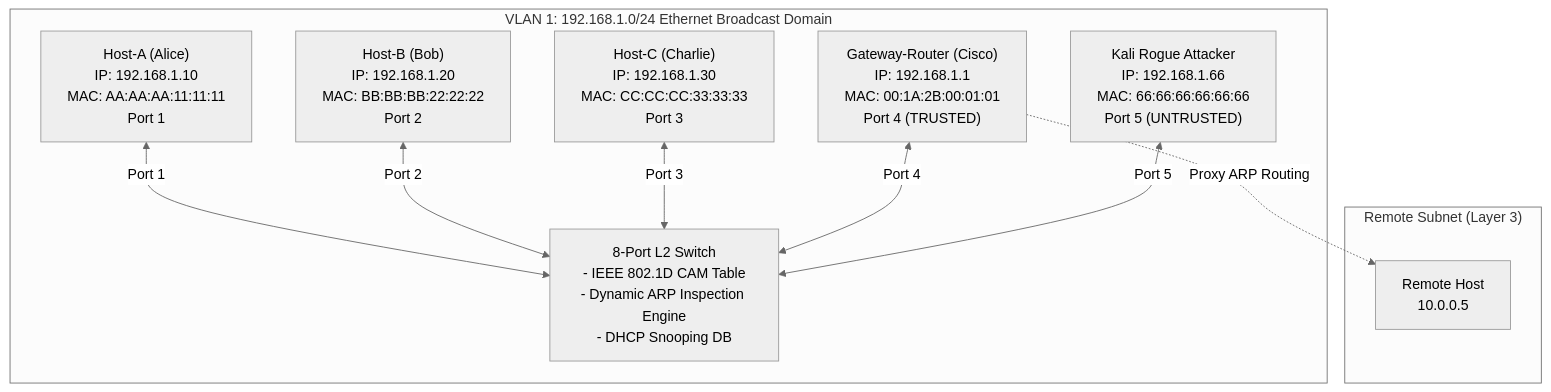
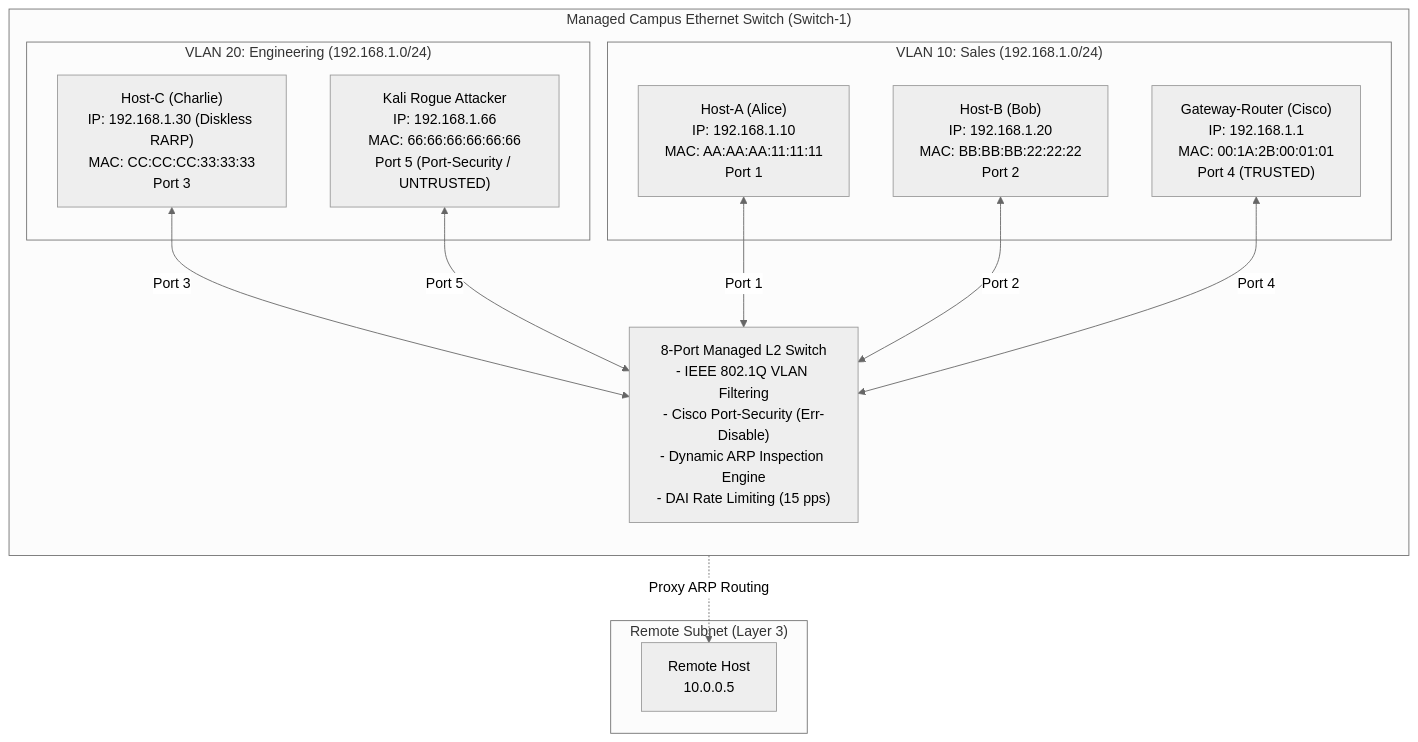
One commit to Aricode2005/CN-Project changed the first of 11 diagrams in ARP/PROJECT_GUIDE_AND_VISUALIZATION.md. Above: the diagram before and after it, drawn with Mermaid (neutral theme). The commit also changed other lines of this file and 22 other files, not shown here.

````diff
--- a/ARP/PROJECT_GUIDE_AND_VISUALIZATION.md
+++ b/ARP/PROJECT_GUIDE_AND_VISUALIZATION.md
@@ -81,23 +110,29 @@
 ```mermaid
 flowchart TB
-    subgraph LAN["VLAN 1: 192.168.1.0/24 Ethernet Broadcast Domain"]
-        H1["Host-A (Alice)<br/>IP: 192.168.1.10<br/>MAC: AA:AA:AA:11:11:11<br/>Port 1"]
-        H2["Host-B (Bob)<br/>IP: 192.168.1.20<br/>MAC: BB:BB:BB:22:22:22<br/>Port 2"]
-        H3["Host-C (Charlie)<br/>IP: 192.168.1.30<br/>MAC: CC:CC:CC:33:33:33<br/>Port 3"]
-        R1["Gateway-Router (Cisco)<br/>IP: 192.168.1.1<br/>MAC: 00:1A:2B:00:01:01<br/>Port 4 (TRUSTED)"]
-        AT["Kali Rogue Attacker<br/>IP: 192.168.1.66<br/>MAC: 66:66:66:66:66:66<br/>Port 5 (UNTRUSTED)"]
+    subgraph LAN["Managed Campus Ethernet Switch (Switch-1)"]
+        direction TB
+        subgraph V10["VLAN 10: Sales (192.168.1.0/24)"]
+            H1["Host-A (Alice)<br/>IP: 192.168.1.10<br/>MAC: AA:AA:AA:11:11:11<br/>Port 1"]
+            H2["Host-B (Bob)<br/>IP: 192.168.1.20<br/>MAC: BB:BB:BB:22:22:22<br/>Port 2"]
+            R1["Gateway-Router (Cisco)<br/>IP: 192.168.1.1<br/>MAC: 00:1A:2B:00:01:01<br/>Port 4 (TRUSTED)"]
+        end
 
-        SW["8-Port L2 Switch<br/>- IEEE 802.1D CAM Table<br/>- Dynamic ARP Inspection Engine<br/>- DHCP Snooping DB"]
+        subgraph V20["VLAN 20: Engineering (192.168.1.0/24)"]
+            H3["Host-C (Charlie)<br/>IP: 192.168.1.30 (Diskless RARP)<br/>MAC: CC:CC:CC:33:33:33<br/>Port 3"]
+            AT["Kali Rogue Attacker<br/>IP: 192.168.1.66<br/>MAC: 66:66:66:66:66:66<br/>Port 5 (Port-Security / UNTRUSTED)"]
+        end
+
+        SW["8-Port Managed L2 Switch<br/>- IEEE 802.1Q VLAN Filtering<br/>- Cisco Port-Security (Err-Disable)<br/>- Dynamic ARP Inspection Engine<br/>- DAI Rate Limiting (15 pps)"]
     end
 
     subgraph Remote["Remote Subnet (Layer 3)"]
         REM["Remote Host<br/>10.0.0.5"]
     end
 
     H1 <-->|Port 1| SW
     H2 <-->|Port 2| SW
     H3 <-->|Port 3| SW
     R1 <-->|Port 4| SW
     AT <-->|Port 5| SW
     R1 -.->|Proxy ARP Routing| REM
 ```
````
